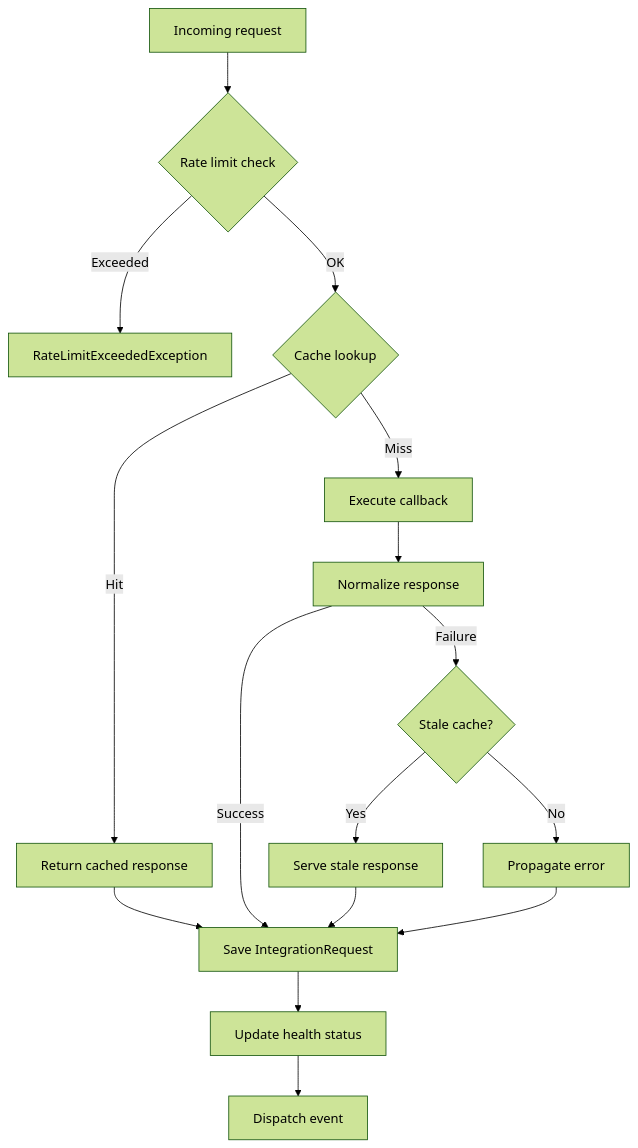
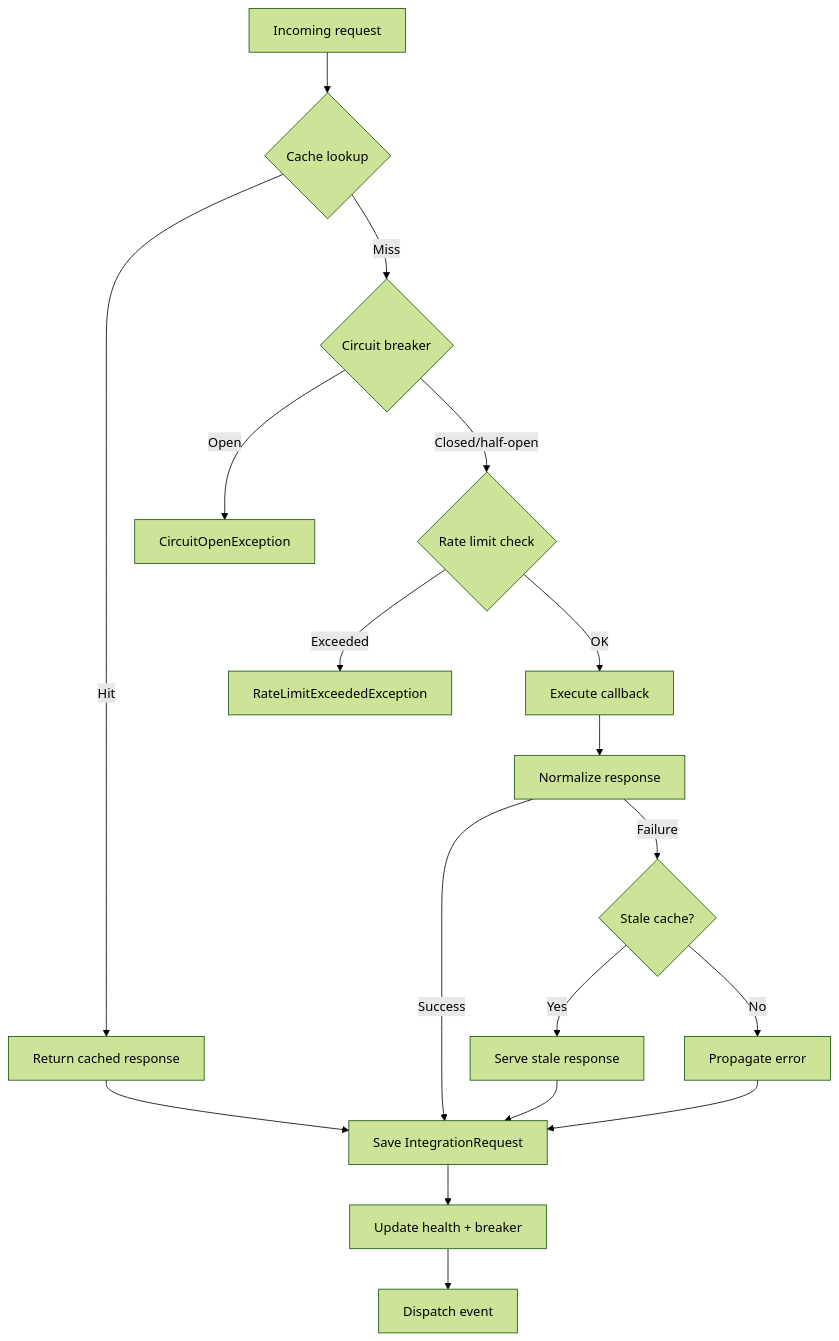
One commit to pocketarc/laravel-integrations changed the diagram in docs/core-concepts/making-requests.md. Above: the diagram before and after it, drawn with Mermaid (forest theme). The commit also changed other lines of this file and 43 other files, not shown here.

First line of the commit message:
feat: add observability and resilience primitives (idempotency keys, provider request IDs, adaptive rate limiting, circuit breaker, schema-drift exceptions).

````diff
--- a/docs/core-concepts/making-requests.md
+++ b/docs/core-concepts/making-requests.md
@@ -94,18 +129,20 @@
 ```mermaid
 flowchart TD
-    A[Incoming request] --> B{Rate limit check}
+    A[Incoming request] --> D{Cache lookup}
+    D -->|Hit| E[Return cached response]
+    D -->|Miss| BR{Circuit breaker}
+    BR -->|Open| BRX[CircuitOpenException]
+    BR -->|Closed/half-open| B{Rate limit check}
     B -->|Exceeded| C[RateLimitExceededException]
-    B -->|OK| D{Cache lookup}
-    D -->|Hit| E[Return cached response]
-    D -->|Miss| F[Execute callback]
+    B -->|OK| F[Execute callback]
     F --> G[Normalize response]
     G -->|Success| H[Save IntegrationRequest]
     G -->|Failure| I{Stale cache?}
     I -->|Yes| J[Serve stale response]
     I -->|No| K[Propagate error]
     E --> H
     J --> H
     K --> H
-    H --> L[Update health status]
+    H --> L[Update health + breaker]
     L --> M[Dispatch event]
 ```
````
